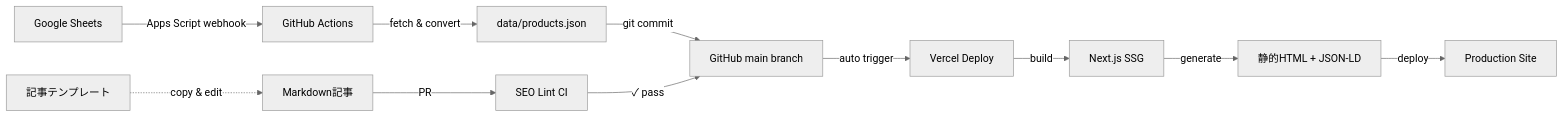
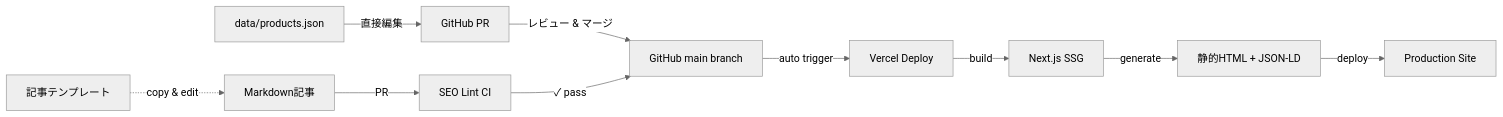
One commit to yukikino/review-safety changed the diagram in docs/ARCHITECTURE.md. Above: the diagram before and after it, drawn with Mermaid (neutral theme). The commit also changed other lines of this file and 10 other files, not shown here.

First line of the commit message:
refactor: remove Google Sheets sync functionality

````diff
--- a/docs/ARCHITECTURE.md
+++ b/docs/ARCHITECTURE.md
@@ -96,16 +96,15 @@
 ```mermaid
 graph LR
-    A[Google Sheets] -->|Apps Script webhook| B[GitHub Actions]
-    B -->|fetch & convert| C[data/products.json]
-    C -->|git commit| D[GitHub main branch]
-    D -->|auto trigger| E[Vercel Deploy]
+    A[data/products.json] -->|直接編集| B[GitHub PR]
+    B -->|レビュー & マージ| C[GitHub main branch]
+    C -->|auto trigger| D[Vercel Deploy]
 
-    F[Markdown記事] -->|PR| G[SEO Lint CI]
-    G -->|✓ pass| D
+    E[Markdown記事] -->|PR| F[SEO Lint CI]
+    F -->|✓ pass| C
 
-    E -->|build| H[Next.js SSG]
-    H -->|generate| I[静的HTML + JSON-LD]
-    I -->|deploy| J[Production Site]
+    D -->|build| G[Next.js SSG]
+    G -->|generate| H[静的HTML + JSON-LD]
+    H -->|deploy| I[Production Site]
 
-    K[記事テンプレート] -.->|copy & edit| F
+    J[記事テンプレート] -.->|copy & edit| E
 ```
````
